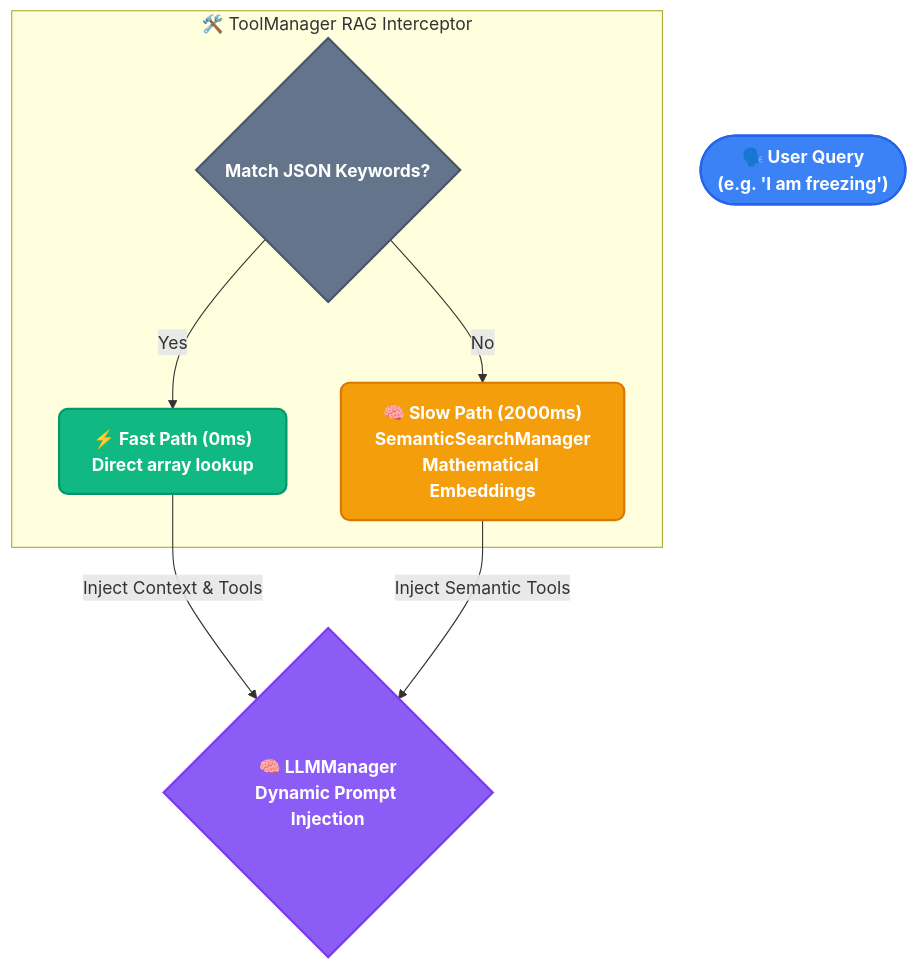
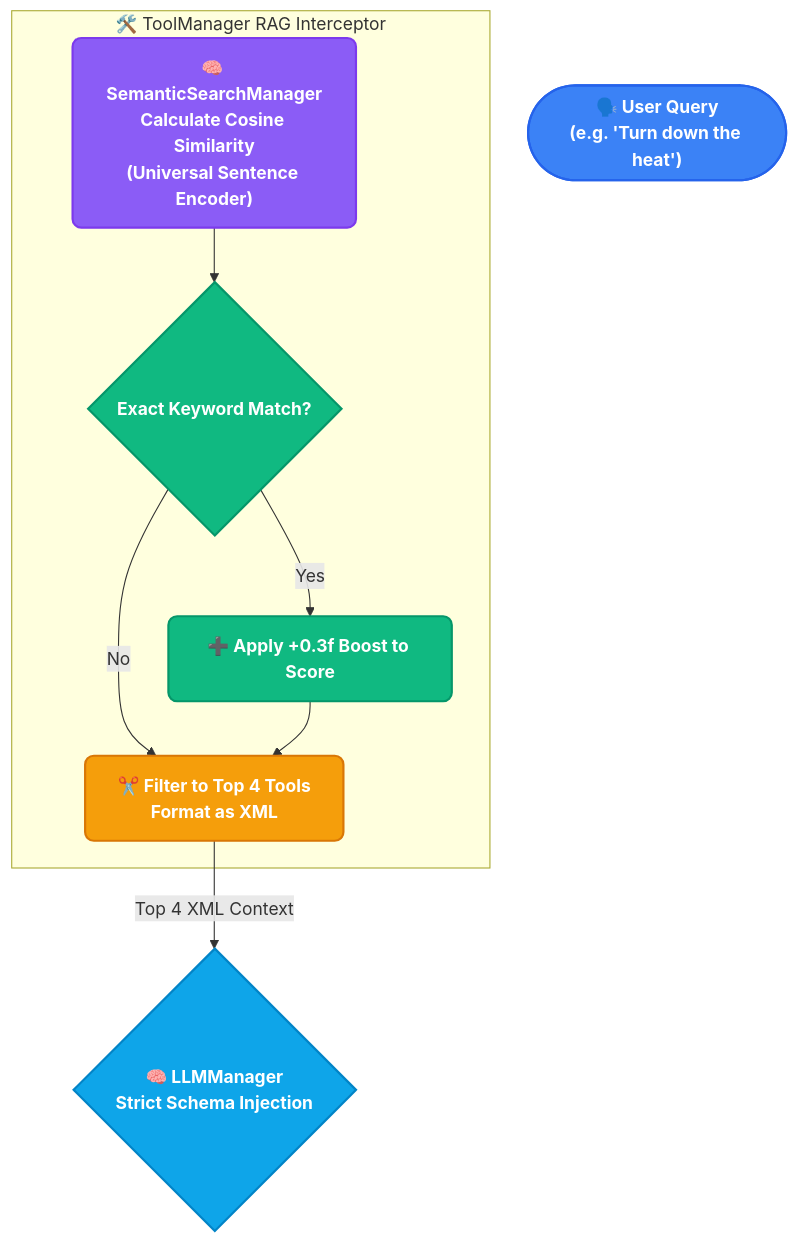
Before and after one commit to hemangpandhi/ai-assistant: the fifth of 5 diagrams in ARCHITECTURE.md, drawn with Mermaid. The commit also changed other lines of this file and 7 other files, not shown here.

Commit message:
feat(rag): Finalize Vector RAG routing, LLM constraints, and Architecture documentation

````diff
--- a/ARCHITECTURE.md
+++ b/ARCHITECTURE.md
@@ -501,26 +502,27 @@
 ```mermaid
 flowchart TD
     %% Styling
     classDef user fill:#3B82F6,stroke:#2563EB,stroke-width:2px,color:#FFFFFF,rx:8px,ry:8px,font-weight:bold;
-    classDef fastPath fill:#10B981,stroke:#059669,stroke-width:2px,color:#FFFFFF,rx:8px,ry:8px,font-weight:bold;
-    classDef slowPath fill:#F59E0B,stroke:#D97706,stroke-width:2px,color:#FFFFFF,rx:8px,ry:8px,font-weight:bold;
-    classDef db fill:#64748B,stroke:#475569,stroke-width:2px,color:#FFFFFF,rx:8px,ry:8px,font-weight:bold;
-    classDef llm fill:#8B5CF6,stroke:#7C3AED,stroke-width:2px,color:#FFFFFF,rx:8px,ry:8px,font-weight:bold;
+    classDef vector fill:#8B5CF6,stroke:#7C3AED,stroke-width:2px,color:#FFFFFF,rx:8px,ry:8px,font-weight:bold;
+    classDef boost fill:#10B981,stroke:#059669,stroke-width:2px,color:#FFFFFF,rx:8px,ry:8px,font-weight:bold;
+    classDef filter fill:#F59E0B,stroke:#D97706,stroke-width:2px,color:#FFFFFF,rx:8px,ry:8px,font-weight:bold;
+    classDef llm fill:#0EA5E9,stroke:#0284C7,stroke-width:2px,color:#FFFFFF,rx:8px,ry:8px,font-weight:bold;
 
-    USER(["🗣️ User Query<br>(e.g. 'I am freezing')"]):::user
+    USER(["🗣️ User Query<br>(e.g. 'Turn down the heat')"]):::user
     
     subgraph ToolManager ["🛠️ ToolManager RAG Interceptor"]
-        CHECK{"Match JSON Keywords?"}:::db
+        VECTOR["🧠 SemanticSearchManager<br>Calculate Cosine Similarity<br>(Universal Sentence Encoder)"]:::vector
+        BOOST{"Exact Keyword Match?"}:::boost
+        APPLY_BOOST["➕ Apply +0.3f Boost to Score"]:::boost
+        FILTER["✂️ Filter to Top 4 Tools<br>Format as <AvailableTools> XML"]:::filter
         
-        FAST["⚡ Fast Path (0ms)<br>Direct array lookup"]:::fastPath
-        SLOW["🧠 Slow Path (2000ms)<br>SemanticSearchManager<br>Mathematical Embeddings"]:::slowPath
-        
-        CHECK -- Yes --> FAST
-        CHECK -- No --> SLOW
+        VECTOR --> BOOST
+        BOOST -- Yes --> APPLY_BOOST
+        BOOST -- No --> FILTER
+        APPLY_BOOST --> FILTER
     end
     
-    LLM{"🧠 LLMManager<br>Dynamic Prompt Injection"}:::llm
+    LLM{"🧠 LLMManager<br>Strict Schema Injection"}:::llm
     
-    FAST -->|"Inject Context & Tools"| LLM
-    SLOW -->|"Inject Semantic Tools"| LLM
+    FILTER -->|"Top 4 XML Context"| LLM
 ```
````
